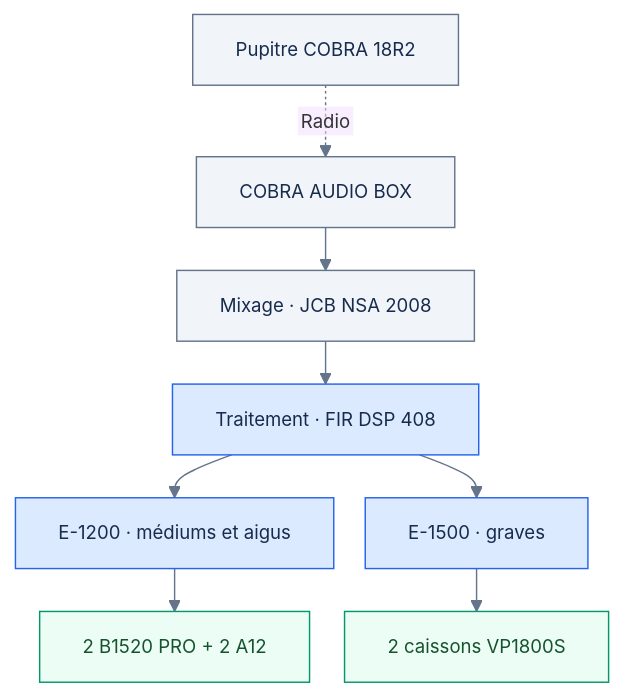
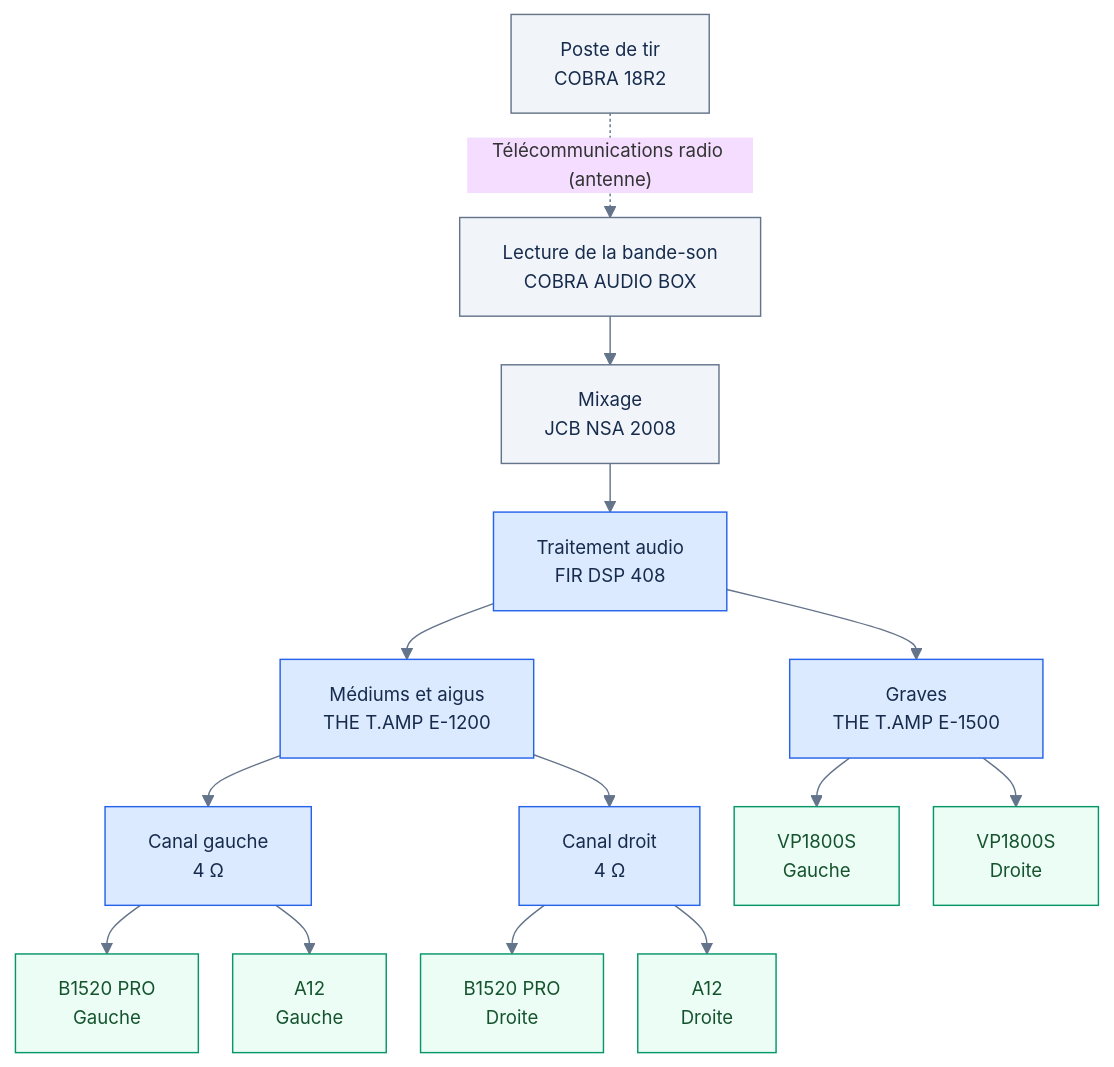
Before and after one commit to HAZIT-FR/PGE-SONO: the first of 3 diagrams in README.md, drawn with Mermaid. The commit also changed other lines of this file, not shown here.

Commit message:
docs: clarifier la radio et le poste de tir, hiérarchiser les équipements du schéma

```diff
--- a/README.md
+++ b/README.md
@@ -86,22 +86,38 @@
 ~~~mermaid
-%%{init: {"flowchart": {"nodeSpacing": 22, "rankSpacing": 30, "htmlLabels": false}, "theme": "base", "themeVariables": {"fontSize": "13px", "lineColor": "#64748b"}}}%%
+%%{init: {"flowchart": {"nodeSpacing": 24, "rankSpacing": 34, "htmlLabels": true, "wrappingWidth": 230}, "theme": "base", "themeVariables": {"fontSize": "13px", "lineColor": "#64748b"}}}%%
 flowchart TB
-  A["Pupitre COBRA 18R2"]
-  B["COBRA AUDIO BOX"]
-  C["Mixage · JCB NSA 2008"]
-  D["Traitement · FIR DSP 408"]
-  E["E-1200 · médiums et aigus"]
-  F["E-1500 · graves"]
-  G["2 B1520 PRO + 2 A12"]
-  H["2 caissons VP1800S"]
-  A -. "Radio" .-> B
+  A["Poste de tir<br/>COBRA 18R2"]
+  B["Lecture de la bande-son<br/>COBRA AUDIO BOX"]
+  C["Mixage<br/>JCB NSA 2008"]
+  D["Traitement audio<br/>FIR DSP 408"]
+  E["Médiums et aigus<br/>THE T.AMP E-1200"]
+  F["Graves<br/>THE T.AMP E-1500"]
+  LG["Canal gauche<br/>4 Ω"]
+  LD["Canal droit<br/>4 Ω"]
+  BG["B1520 PRO<br/>Gauche"]
+  AG["A12<br/>Gauche"]
+  BD["B1520 PRO<br/>Droite"]
+  AD["A12<br/>Droite"]
+  SG["VP1800S<br/>Gauche"]
+  SD["VP1800S<br/>Droite"]
+
+  A -. "Télécommunications radio (antenne)" .-> B
   B --> C --> D
-  D --> E --> G
-  D --> F --> H
+  D --> E
+  D --> F
+  E --> LG
+  E --> LD
+  LG --> BG
+  LG --> AG
+  LD --> BD
+  LD --> AD
+  F --> SG
+  F --> SD
+
   classDef source fill:#f1f5f9,stroke:#64748b,color:#172b4d;
   classDef amp fill:#dbeafe,stroke:#2563eb,color:#172b4d;
   classDef speaker fill:#ecfdf5,stroke:#059669,color:#14532d;
   class A,B,C source;
-  class D,E,F amp;
-  class G,H speaker;
+  class D,E,F,LG,LD amp;
+  class BG,AG,BD,AD,SG,SD speaker;
 ~~~
```
